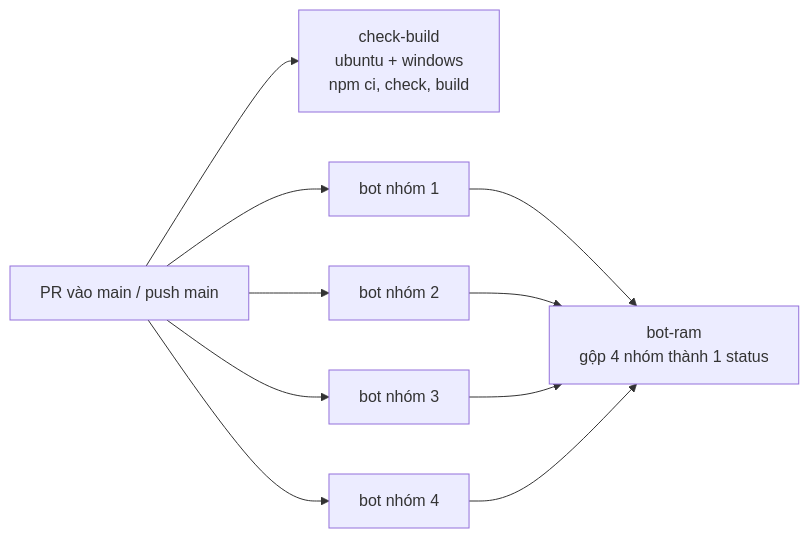
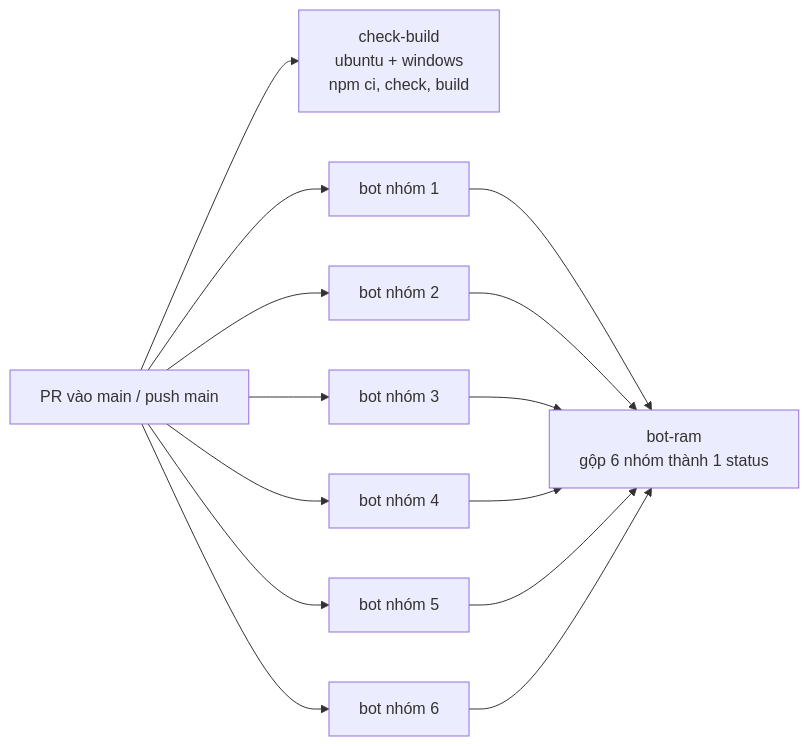
Before and after one commit to nguyenbinhanltv/soul-land-mmo: the diagram in workflows/05-testing.md, drawn with Mermaid. The commit also changed other lines of this file and 9 other files, not shown here.

Commit message:
CI: chia bot-ram thành 6 nhóm cho cân (mỗi nhóm ~7–8 phút), ghi docs/ops/ci.md (Closes #684)

````diff
--- a/workflows/05-testing.md
+++ b/workflows/05-testing.md
@@ -32,9 +32,11 @@
 ```mermaid
 flowchart LR
     PR[PR vào main / push main] --> CB[check-build<br/>ubuntu + windows<br/>npm ci, check, build]
     PR --> B1[bot nhóm 1]
     PR --> B2[bot nhóm 2]
     PR --> B3[bot nhóm 3]
     PR --> B4[bot nhóm 4]
-    B1 & B2 & B3 & B4 --> BR[bot-ram<br/>gộp 4 nhóm thành 1 status]
+    PR --> B5[bot nhóm 5]
+    PR --> B6[bot nhóm 6]
+    B1 & B2 & B3 & B4 & B5 & B6 --> BR[bot-ram<br/>gộp 6 nhóm thành 1 status]
 ```
````
